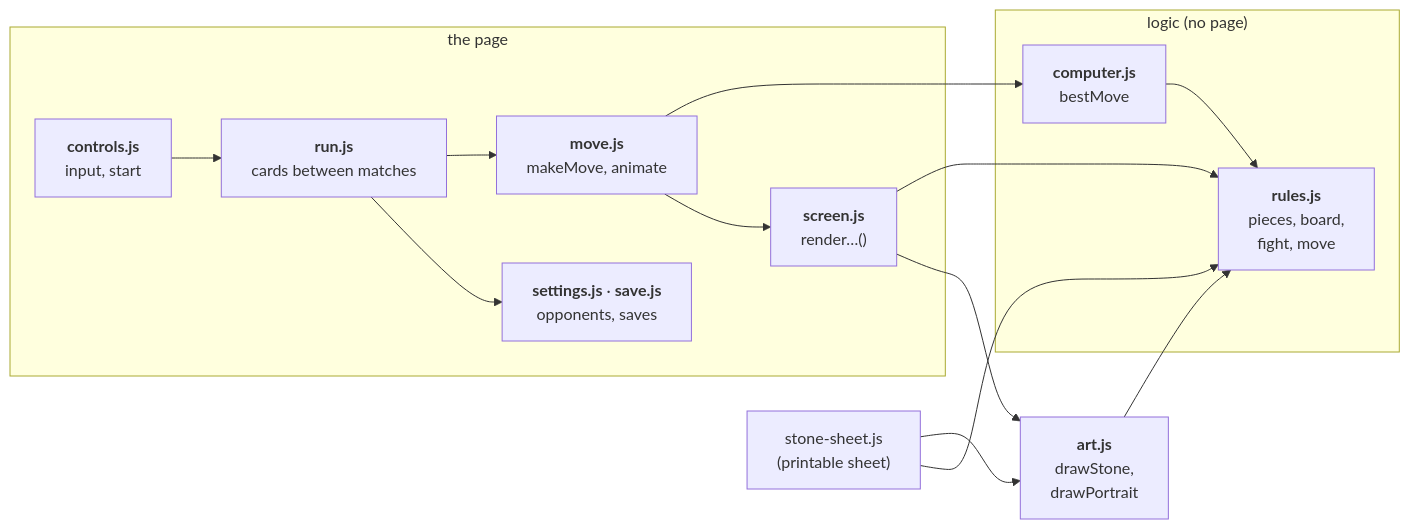
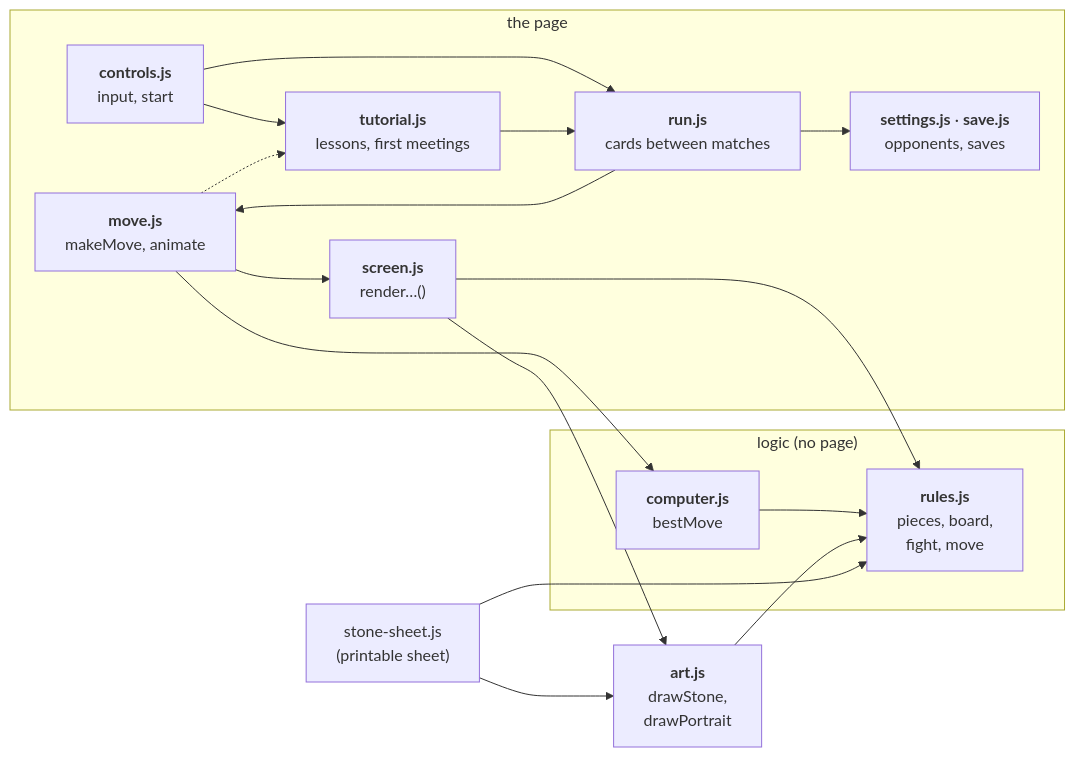
One commit to louisvandenbruwaene/rook-like changed the first of 8 diagrams in README.md. Above: the diagram before and after it, drawn with Mermaid. The commit also changed other lines of this file and 8 other files, not shown here.

First line of the commit message:
Rook-like: a four-board tutorial, a word and a demo for each new rare stone, the opponent's deck on the intro card, the move that lost you the run, shorter rules

````diff
--- a/README.md
+++ b/README.md
@@ -54,28 +60,32 @@
 ```mermaid
 flowchart LR
     subgraph logic["logic (no page)"]
         rules["<b>rules.js</b><br/>pieces, board,<br/>fight, move"]
         computer["<b>computer.js</b><br/>bestMove"]
     end
     art["<b>art.js</b><br/>drawStone,<br/>drawPortrait"]
     subgraph page["the page"]
         settings["<b>settings.js</b> · <b>save.js</b><br/>opponents, saves"]
         screen["<b>screen.js</b><br/>render…()"]
         move["<b>move.js</b><br/>makeMove, animate"]
         run["<b>run.js</b><br/>cards between matches"]
+        tutorial["<b>tutorial.js</b><br/>lessons, first meetings"]
         controls["<b>controls.js</b><br/>input, start"]
     end
     sheet["stone-sheet.js<br/>(printable sheet)"]
 
     computer --> rules
     art --> rules
     screen --> art
     screen --> rules
     move --> screen
     move --> computer
     run --> settings
     run --> move
     controls --> run
+    controls --> tutorial
+    tutorial --> run
+    move -.-> tutorial
     sheet --> rules
     sheet --> art
 ```
````
